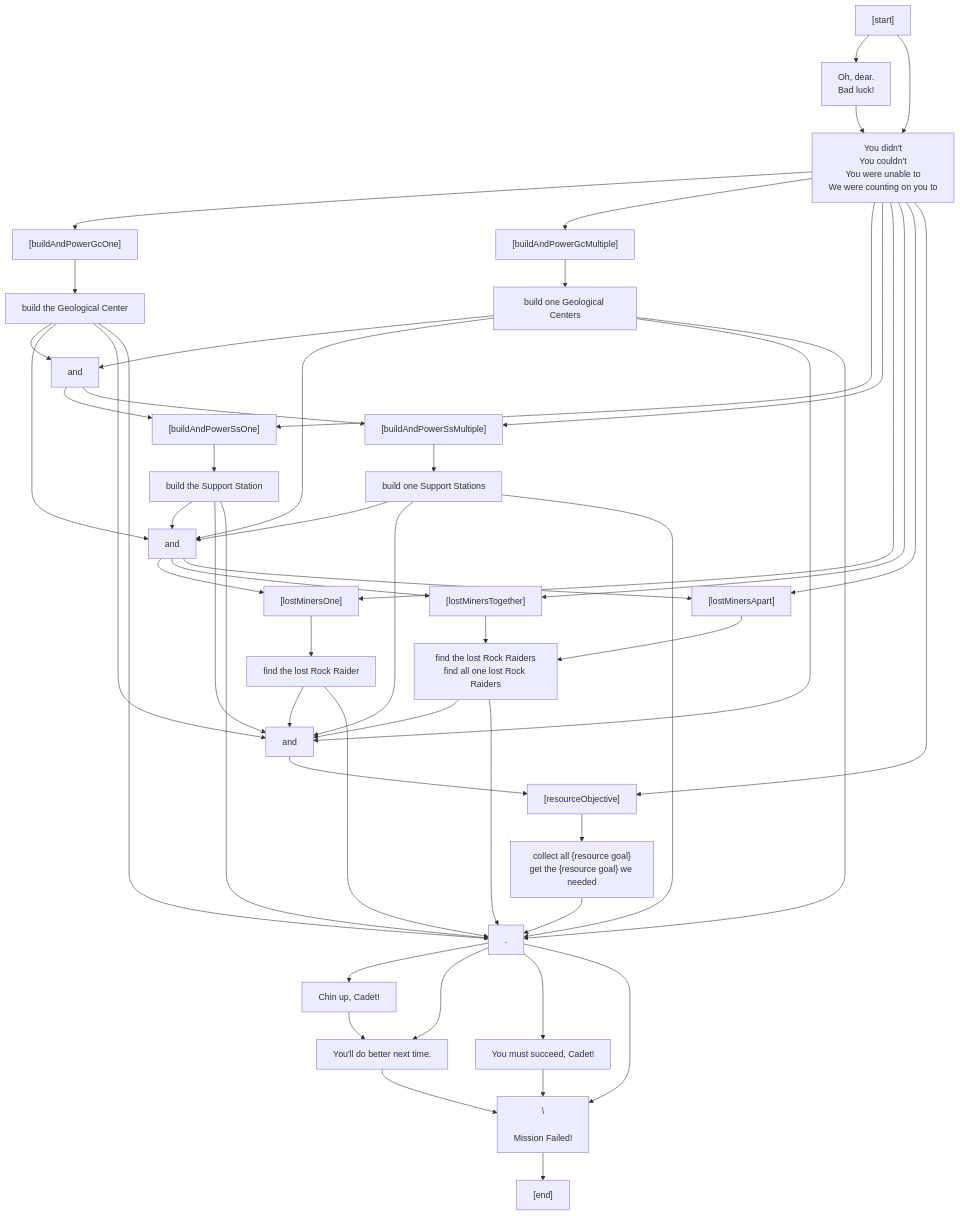
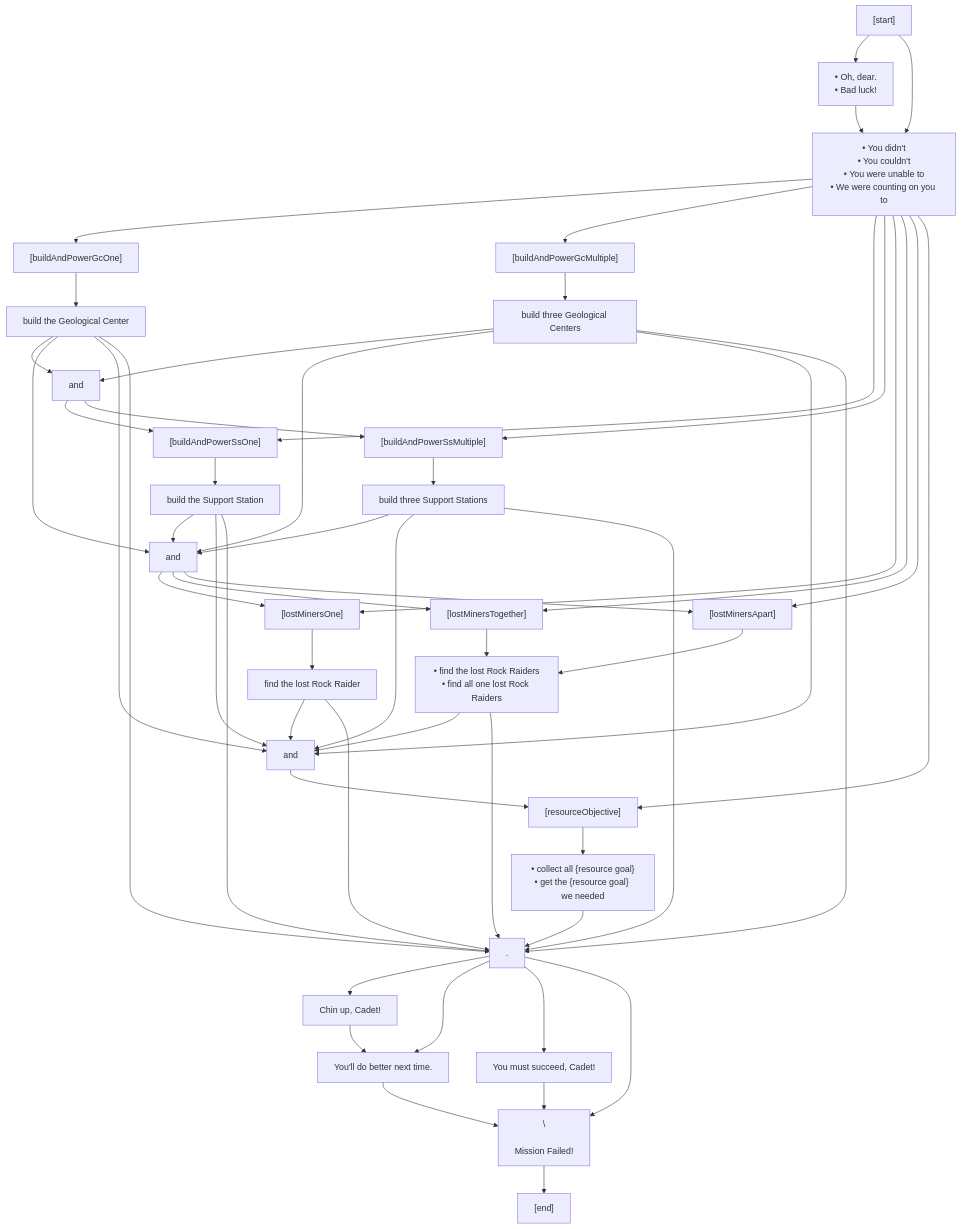
Before and after one commit to charredUtensil/groundhog: the first of 2 diagrams in src/core/lore/graphs/conclusions.md, drawn with Mermaid. The commit also changed other lines of this file and 7 other files, not shown here.

````diff
--- a/src/core/lore/graphs/conclusions.md
+++ b/src/core/lore/graphs/conclusions.md
@@ -3,82 +3,82 @@
 ```mermaid
 flowchart TD;
 P0["[start]"]
 P0 --> P1
 P0 --> P2
-P1["Oh, dear.<br/>Bad luck!"]
+P1["&bull; Oh, dear.<br/>&bull; Bad luck!"]
 P1 --> P2
-P2["You didn't<br/>You couldn't<br/>You were unable to<br/>We were counting on you to"]
+P2["&bull; You didn't<br/>&bull; You couldn't<br/>&bull; You were unable to<br/>&bull; We were counting on you to"]
 P2 --> P3
 P2 --> P5
 P2 --> P8
 P2 --> P10
 P2 --> P13
 P2 --> P15
 P2 --> P16
 P2 --> P19
 P3["[buildAndPowerGcOne]"]
 P3 --> P4
 P4["build the Geological Center"]
 P4 --> P7
 P4 --> P12
 P4 --> P18
 P4 --> P21
 P5["[buildAndPowerGcMultiple]"]
 P5 --> P6
-P6["build one Geological Centers"]
+P6["build three Geological Centers"]
 P6 --> P7
 P6 --> P12
 P6 --> P18
 P6 --> P21
 P7["and"]
 P7 --> P8
 P7 --> P10
 P8["[buildAndPowerSsOne]"]
 P8 --> P9
 P9["build the Support Station"]
 P9 --> P12
 P9 --> P18
 P9 --> P21
 P10["[buildAndPowerSsMultiple]"]
 P10 --> P11
-P11["build one Support Stations"]
+P11["build three Support Stations"]
 P11 --> P12
 P11 --> P18
 P11 --> P21
 P12["and"]
 P12 --> P13
 P12 --> P15
 P12 --> P16
 P13["[lostMinersOne]"]
 P13 --> P14
 P14["find the lost Rock Raider"]
 P14 --> P18
 P14 --> P21
 P15["[lostMinersTogether]"]
 P15 --> P17
 P16["[lostMinersApart]"]
 P16 --> P17
-P17["find the lost Rock Raiders<br/>find all one lost Rock Raiders"]
+P17["&bull; find the lost Rock Raiders<br/>&bull; find all one lost Rock Raiders"]
 P17 --> P18
 P17 --> P21
 P18["and"]
 P18 --> P19
 P19["[resourceObjective]"]
 P19 --> P20
-P20["collect all {resource goal}<br/>get the {resource goal} we needed"]
+P20["&bull; collect all {resource goal}<br/>&bull; get the {resource goal} we needed"]
 P20 --> P21
 P21["."]
 P21 --> P22
 P21 --> P23
 P21 --> P24
 P21 --> P25
 P22["Chin up, Cadet!"]
 P22 --> P23
 P23["You'll do better next time."]
 P23 --> P25
 P24["You must succeed, Cadet!"]
 P24 --> P25
 P25["\\n\nMission Failed!"]
 P25 --> P26
 P26["[end]"]
 ```
````
